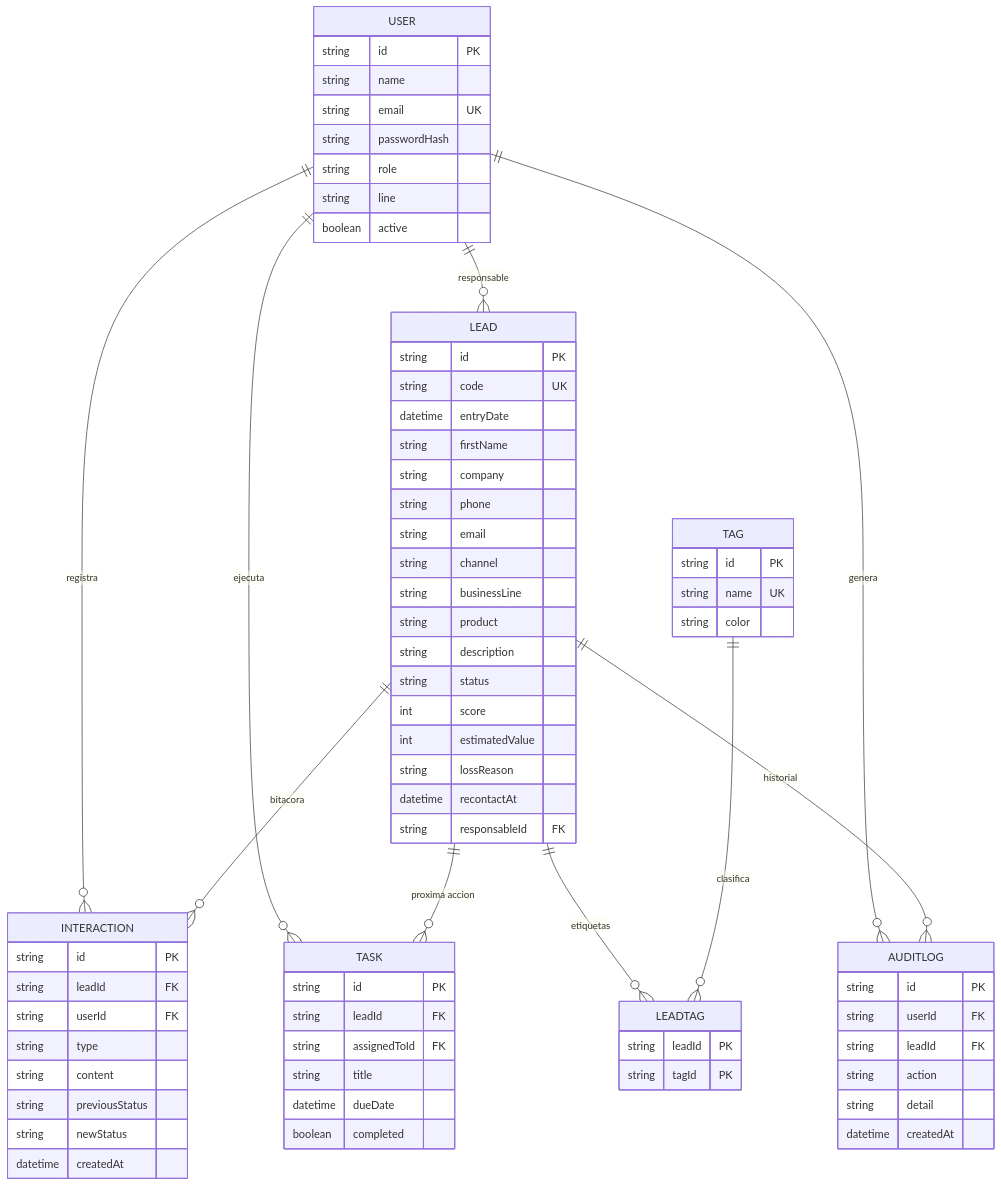
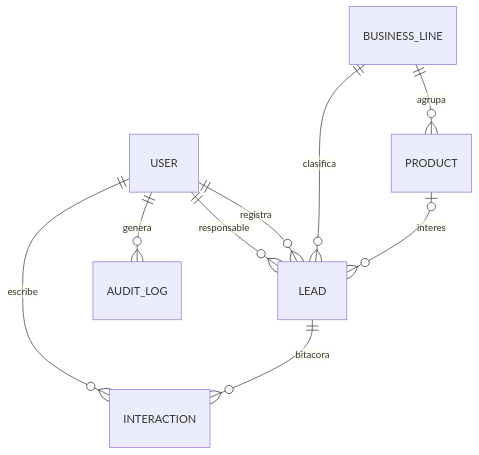
Before and after one commit to Chxcon05/Gestion_CRAISA: the diagram in docs/modelo-datos.md, drawn with Mermaid. The commit also changed other lines of this file and 104 other files, not shown here.

````diff
--- a/docs/modelo-datos.md
+++ b/docs/modelo-datos.md
@@ -7,76 +5,11 @@
 ```mermaid
 erDiagram
-    USER ||--o{ LEAD : "responsable"
-    USER ||--o{ INTERACTION : "registra"
-    USER ||--o{ TASK : "ejecuta"
-    USER ||--o{ AUDITLOG : "genera"
-    LEAD ||--o{ INTERACTION : "bitacora"
-    LEAD ||--o{ TASK : "proxima accion"
-    LEAD ||--o{ LEADTAG : "etiquetas"
-    TAG  ||--o{ LEADTAG : "clasifica"
-    LEAD ||--o{ AUDITLOG : "historial"
-
-    USER {
-        string id PK
-        string name
-        string email UK
-        string passwordHash
-        string role
-        string line
-        boolean active
-    }
-    LEAD {
-        string id PK
-        string code UK
-        datetime entryDate
-        string firstName
-        string company
-        string phone
-        string email
-        string channel
-        string businessLine
-        string product
-        string description
-        string status
-        int score
-        int estimatedValue
-        string lossReason
-        datetime recontactAt
-        string responsableId FK
-    }
-    INTERACTION {
-        string id PK
-        string leadId FK
-        string userId FK
-        string type
-        string content
-        string previousStatus
-        string newStatus
-        datetime createdAt
-    }
-    TASK {
-        string id PK
-        string leadId FK
-        string assignedToId FK
-        string title
-        datetime dueDate
-        boolean completed
-    }
-    TAG {
-        string id PK
-        string name UK
-        string color
-    }
-    LEADTAG {
-        string leadId PK
-        string tagId PK
-    }
-    AUDITLOG {
-        string id PK
-        string userId FK
-        string leadId FK
-        string action
-        string detail
-        datetime createdAt
-    }
+  USER ||--o{ LEAD : "responsable"
+  USER ||--o{ LEAD : "registra"
+  USER ||--o{ INTERACTION : "escribe"
+  USER ||--o{ AUDIT_LOG : "genera"
+  BUSINESS_LINE ||--o{ PRODUCT : "agrupa"
+  BUSINESS_LINE ||--o{ LEAD : "clasifica"
+  PRODUCT |o--o{ LEAD : "interes"
+  LEAD ||--o{ INTERACTION : "bitacora"
 ```
````
